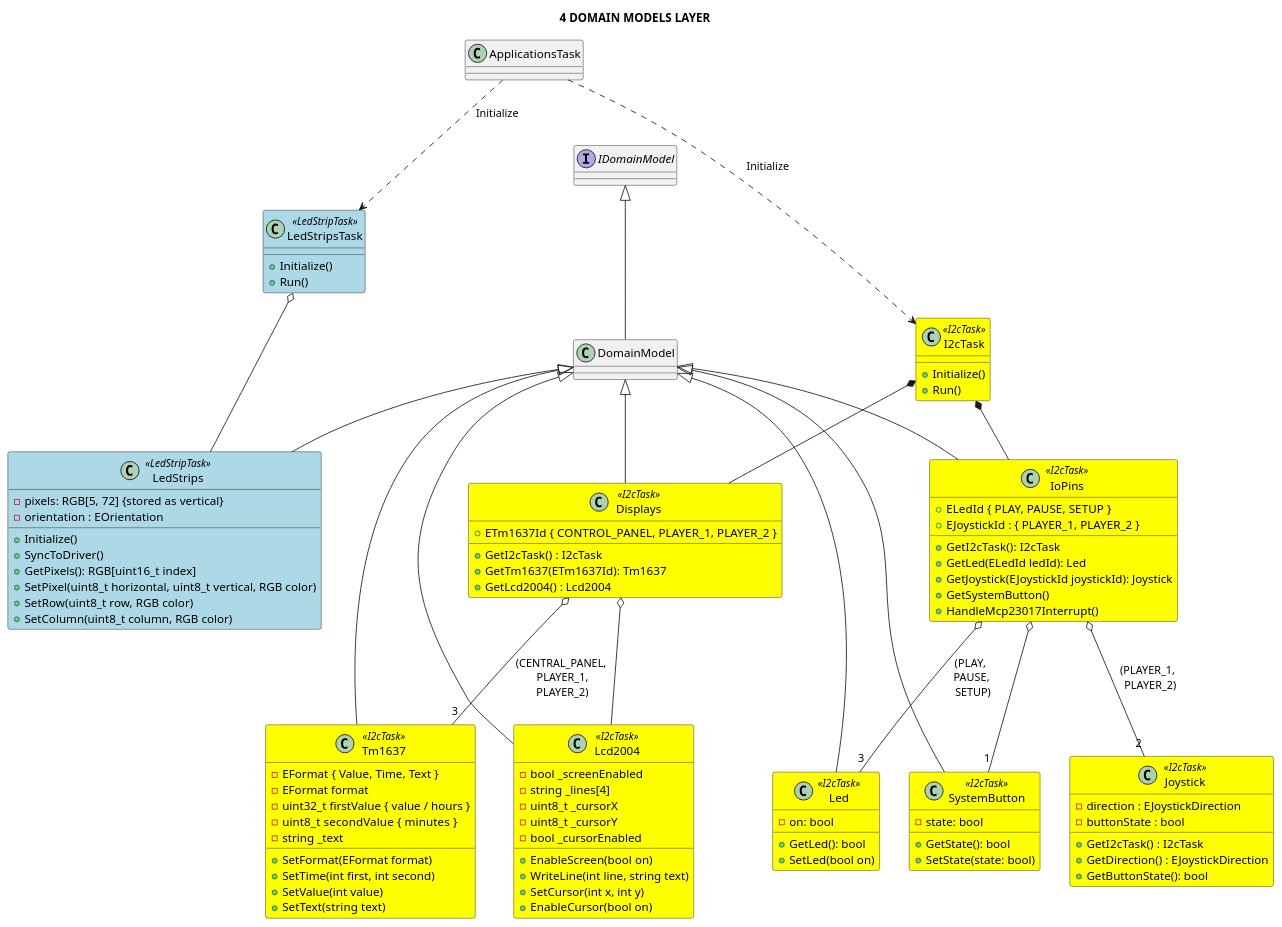
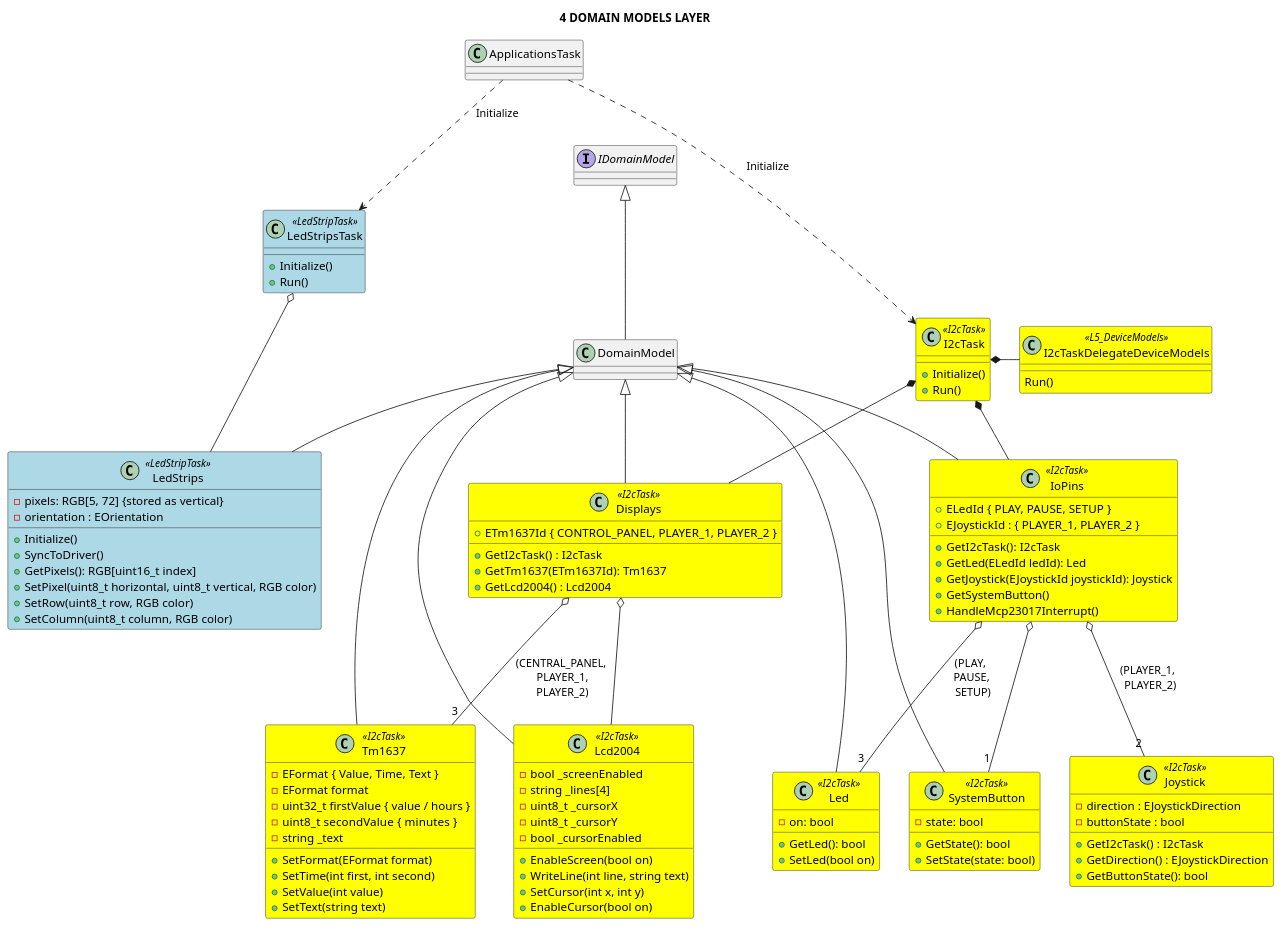
One commit to michelkeijzers/fraxis changed the diagram in Docs/Software Design/Layers/L4_domain_models_layer.puml. Above: the diagram before and after it, drawn with PlantUML. The commit also changed 24 other files, not shown here.

```diff
--- a/Docs/Software Design/Layers/L4_domain_models_layer.puml
+++ b/Docs/Software Design/Layers/L4_domain_models_layer.puml
@@ -1,137 +1,144 @@
 @startuml
 
 title 4 DOMAIN MODELS LAYER
 
 skinparam packageStyle rectangle
 skinparam lineThickness 2
 
 class I2cTask <<I2cTask>> #yellow
 {
     + Initialize()
     + Run()
 }
 
 I2cTask *-- IoPins
 ApplicationsTask ...> I2cTask : Initialize
+
+class I2cTaskDelegateDeviceModels <<L5_DeviceModels>> #yellow
+{
+    Run()
+}
+
+I2cTask *- I2cTaskDelegateDeviceModels
 
 interface IDomainModel 
 {
 }
 
 class DomainModel 
 {
 }
 
 DomainModel -u-|> IDomainModel
 
 class IoPins <<I2cTask>> #yellow
 {
     + GetI2cTask(): I2cTask
     + ELedId { PLAY, PAUSE, SETUP }
     + EJoystickId : { PLAYER_1, PLAYER_2 }
     + GetLed(ELedId ledId): Led
     + GetJoystick(EJoystickId joystickId): Joystick
     + GetSystemButton()
     + HandleMcp23017Interrupt()
 }
 
 IoPins -u-|> DomainModel
 
 class Joystick  <<I2cTask>> #yellow
 {
     - direction : EJoystickDirection
     - buttonState : bool
     + GetI2cTask() : I2cTask
     + GetDirection() : EJoystickDirection
     + GetButtonState(): bool
 }
 
 IoPins o-- "2" Joystick : (PLAYER_1, \n PLAYER_2)
 
 class SystemButton <<I2cTask>> #yellow
 {
     - state: bool 
     + GetState(): bool 
     + SetState(state: bool) 
 }
 
 SystemButton -u-|> DomainModel
 IoPins o-- "1" SystemButton 
 
 class Displays <<I2cTask>> #yellow
 {
     + GetI2cTask() : I2cTask
     + ETm1637Id { CONTROL_PANEL, PLAYER_1, PLAYER_2 }
     + GetTm1637(ETm1637Id): Tm1637
     + GetLcd2004() : Lcd2004
 }
 
 Displays -u-|> DomainModel
 I2cTask *-- Displays
 
 class Led <<I2cTask>> #yellow
 {
     - on: bool
     + GetLed(): bool
     + SetLed(bool on)
 }
 
 Led -u-|> DomainModel
 IoPins o-- "3" Led : (PLAY, \n PAUSE, \n SETUP)
 
 class Lcd2004 <<I2cTask>> #yellow
 {
     - bool _screenEnabled
     - string _lines[4]
     - uint8_t _cursorX
     - uint8_t _cursorY
     - bool _cursorEnabled
     + EnableScreen(bool on)
     + WriteLine(int line, string text)
     + SetCursor(int x, int y)
     + EnableCursor(bool on)
 }
 
 Lcd2004 -u-|> DomainModel
 Displays o-- Lcd2004
 
 class Tm1637 <<I2cTask>> #yellow
 {
     - EFormat { Value, Time, Text }
     - EFormat format
     - uint32_t firstValue { value / hours }
     - uint8_t secondValue  { minutes }
     - string _text
     + SetFormat(EFormat format)
     + SetTime(int first, int second) 
     + SetValue(int value)
     + SetText(string text)
 }
 
 Tm1637 -u-|> DomainModel
 Displays o-- "3" Tm1637 : (CENTRAL_PANEL,\n PLAYER_1,\n PLAYER_2)
 
 class LedStripsTask <<LedStripTask>> #lightblue
 {
     + Initialize()
     + Run()
 }
 
 ApplicationsTask ..> LedStripsTask : Initialize
 
 class LedStrips  <<LedStripTask>> #lightblue
 {
     - pixels: RGB[5, 72] {stored as vertical}
     - orientation : EOrientation
     + Initialize()
     + SyncToDriver()
     + GetPixels(): RGB[uint16_t index]
     + SetPixel(uint8_t horizontal, uint8_t vertical, RGB color)
     + SetRow(uint8_t row, RGB color)
     + SetColumn(uint8_t column, RGB color)
 }
 
 LedStrips -u-|> DomainModel
 LedStripsTask o- LedStrips
 
 @enduml
```
